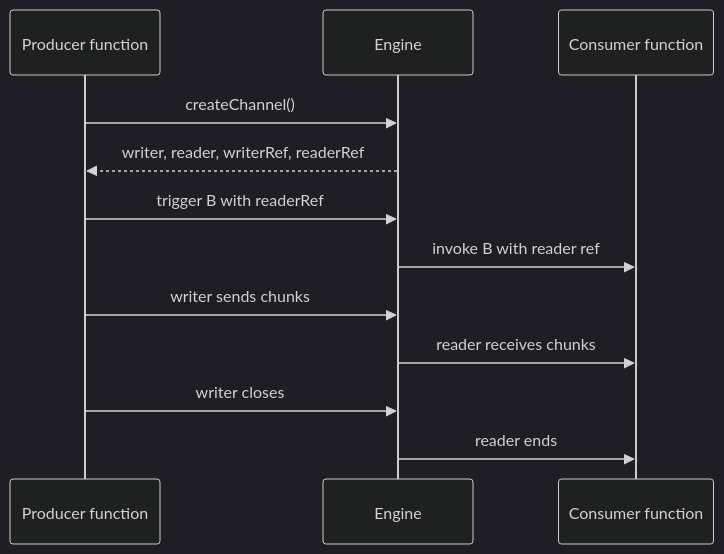
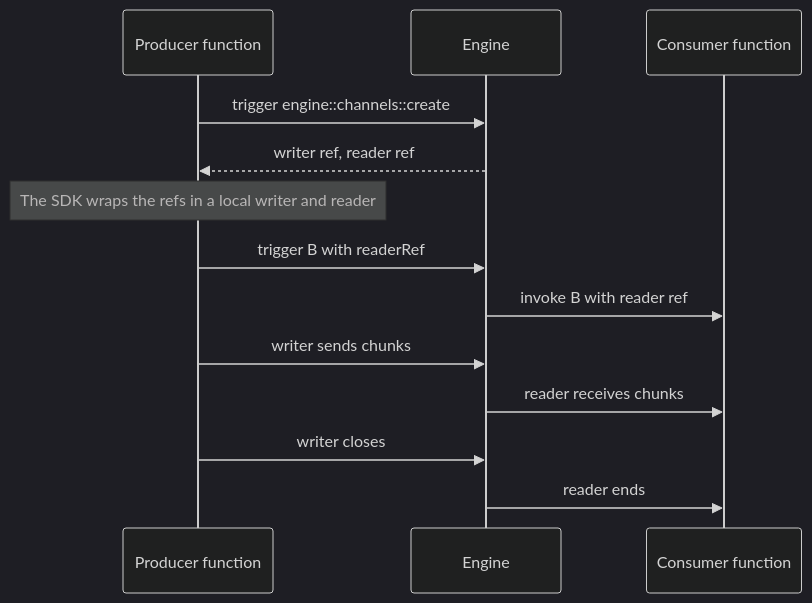
One commit to iii-hq/iii changed the diagram in docs/next/understanding-iii/channels.mdx.skill.md. Above: the diagram before and after it, drawn with Mermaid (dark theme). The commit also changed other lines of this file and 119 other files, not shown here.

````diff
--- a/docs/next/understanding-iii/channels.mdx.skill.md
+++ b/docs/next/understanding-iii/channels.mdx.skill.md
@@ -38,15 +40,16 @@
 ```mermaid
 sequenceDiagram
     participant A as Producer function
     participant Engine
     participant B as Consumer function
 
-    A->>Engine: createChannel()
-    Engine-->>A: writer, reader, writerRef, readerRef
+    A->>Engine: trigger engine::channels::create
+    Engine-->>A: writer ref, reader ref
+    Note over A: The SDK wraps the refs in a local writer and reader
     A->>Engine: trigger B with readerRef
     Engine->>B: invoke B with reader ref
     A->>Engine: writer sends chunks
     Engine->>B: reader receives chunks
     A->>Engine: writer closes
     Engine->>B: reader ends
 ```
````
